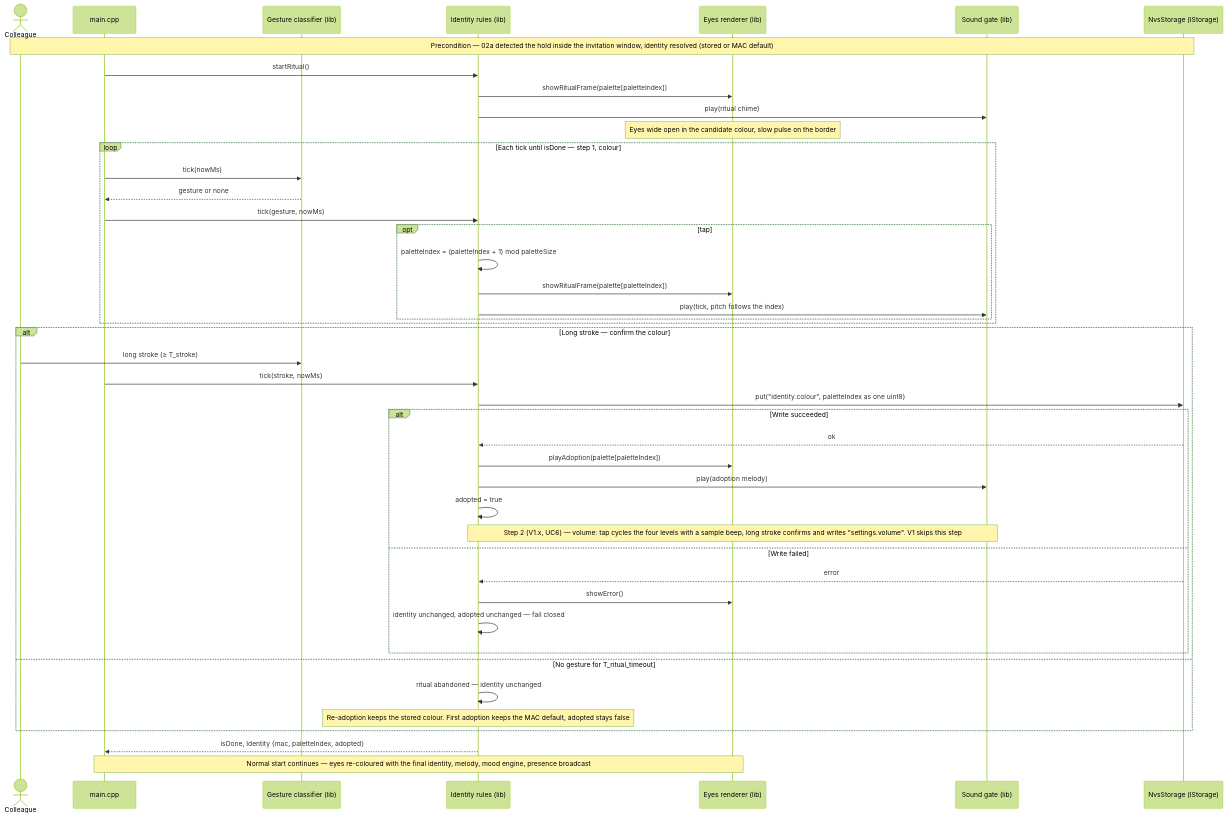
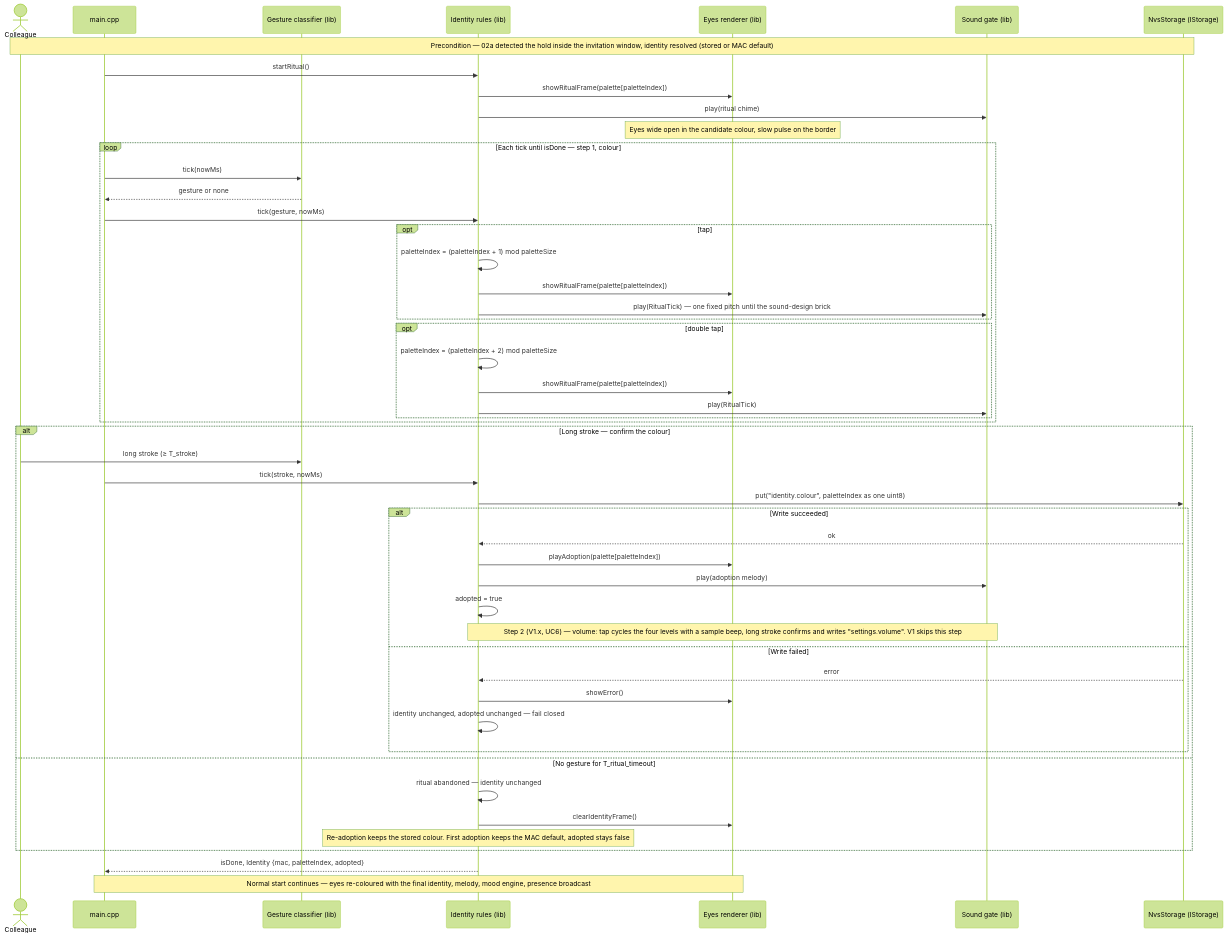
One commit to benoit-bremaud/cubbies changed the diagram in docs/architecture/diagrams/identity/02b-sequence-adoption-ritual.md. Above: the diagram before and after it, drawn with Mermaid (forest theme). The commit also changed other lines of this file and 27 other files, not shown here.

First line of the commit message:
feat(identity): brick F3 — identity rules, invitation window, adoption ritual (#20)

````diff
--- a/docs/architecture/diagrams/identity/02b-sequence-adoption-ritual.md
+++ b/docs/architecture/diagrams/identity/02b-sequence-adoption-ritual.md
@@ -21,49 +21,55 @@
 ```mermaid
 sequenceDiagram
   actor C as Colleague
   participant M as main.cpp
   participant G as Gesture classifier (lib)
   participant I as Identity rules (lib)
   participant E as Eyes renderer (lib)
   participant A as Sound gate (lib)
   participant S as NvsStorage (IStorage)
 
   Note over C,S: Precondition — 02a detected the hold inside the invitation window, identity resolved (stored or MAC default)
   M->>I: startRitual()
   I->>E: showRitualFrame(palette[paletteIndex])
   I->>A: play(ritual chime)
   Note over E: Eyes wide open in the candidate colour, slow pulse on the border
 
   loop Each tick until isDone — step 1, colour
     M->>G: tick(nowMs)
     G-->>M: gesture or none
     M->>I: tick(gesture, nowMs)
     opt tap
       I->>I: paletteIndex = (paletteIndex + 1) mod paletteSize
       I->>E: showRitualFrame(palette[paletteIndex])
-      I->>A: play(tick, pitch follows the index)
+      I->>A: play(RitualTick) — one fixed pitch until the sound-design brick
+    end
+    opt double tap
+      I->>I: paletteIndex = (paletteIndex + 2) mod paletteSize
+      I->>E: showRitualFrame(palette[paletteIndex])
+      I->>A: play(RitualTick)
     end
   end
 
   alt Long stroke — confirm the colour
     C->>G: long stroke (≥ T_stroke)
     M->>I: tick(stroke, nowMs)
     I->>S: put("identity.colour", paletteIndex as one uint8)
     alt Write succeeded
       S-->>I: ok
       I->>E: playAdoption(palette[paletteIndex])
       I->>A: play(adoption melody)
       I->>I: adopted = true
       Note over I,A: Step 2 (V1.x, UC6) — volume: tap cycles the four levels with a sample beep, long stroke confirms and writes "settings.volume". V1 skips this step
     else Write failed
       S-->>I: error
       I->>E: showError()
       I->>I: identity unchanged, adopted unchanged — fail closed
     end
   else No gesture for T_ritual_timeout
     I->>I: ritual abandoned — identity unchanged
+    I->>E: clearIdentityFrame()
     Note over I: Re-adoption keeps the stored colour. First adoption keeps the MAC default, adopted stays false
   end
   I-->>M: isDone, Identity {mac, paletteIndex, adopted}
   Note over M,E: Normal start continues — eyes re-coloured with the final identity, melody, mood engine, presence broadcast
 ```
````
